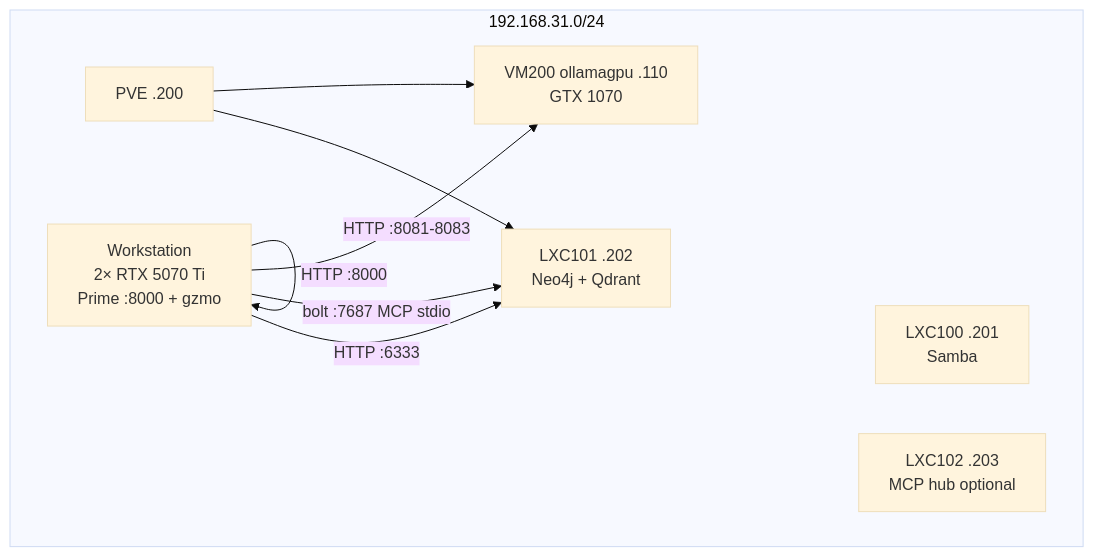
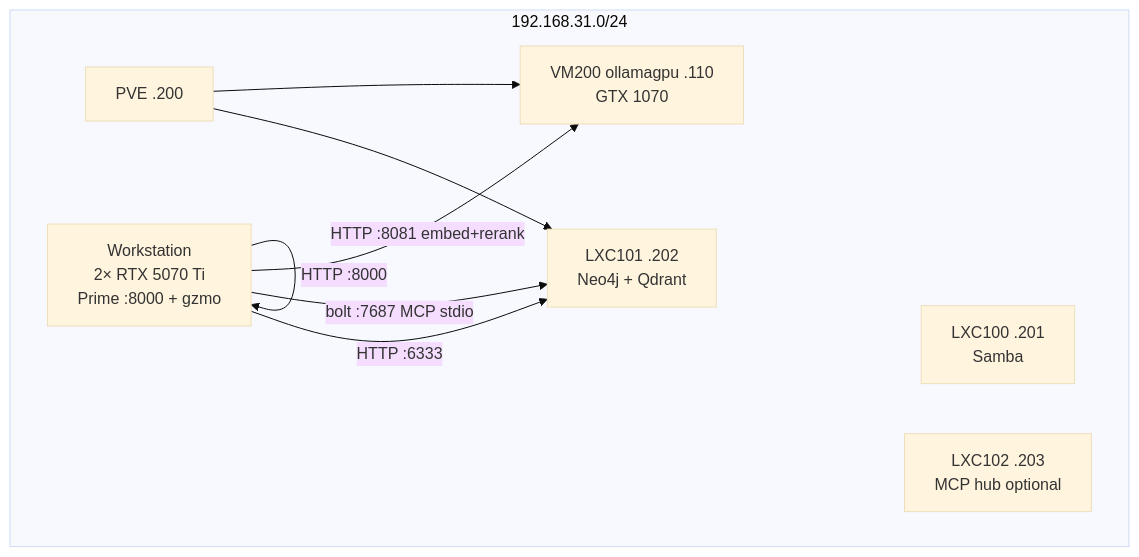
One commit to maximilianwruhs-cyber/GZMO changed the first of 2 diagrams in docs/INFRASTRUCTURE_OVERVIEW.md. Above: the diagram before and after it, drawn with Mermaid (base theme). The commit also changed other lines of this file and 11907 other files, not shown here.

````diff
--- a/docs/INFRASTRUCTURE_OVERVIEW.md
+++ b/docs/INFRASTRUCTURE_OVERVIEW.md
@@ -42,17 +42,17 @@
 ```mermaid
 flowchart TB
   subgraph LAN["192.168.31.0/24"]
     PVE["PVE .200"]
     WS["Workstation\n2× RTX 5070 Ti\nPrime :8000 + gzmo"]
     VM["VM200 ollamagpu .110\nGTX 1070"]
     LXC101["LXC101 .202\nNeo4j + Qdrant"]
     LXC100["LXC100 .201\nSamba"]
     LXC102["LXC102 .203\nMCP hub optional"]
   end
   WS -->|HTTP :8000| WS
-  WS -->|HTTP :8081-8083| VM
+  WS -->|HTTP :8081 embed+rerank| VM
   WS -->|bolt :7687 MCP stdio| LXC101
   WS -->|HTTP :6333| LXC101
   PVE --> VM
   PVE --> LXC101
 ```
````
